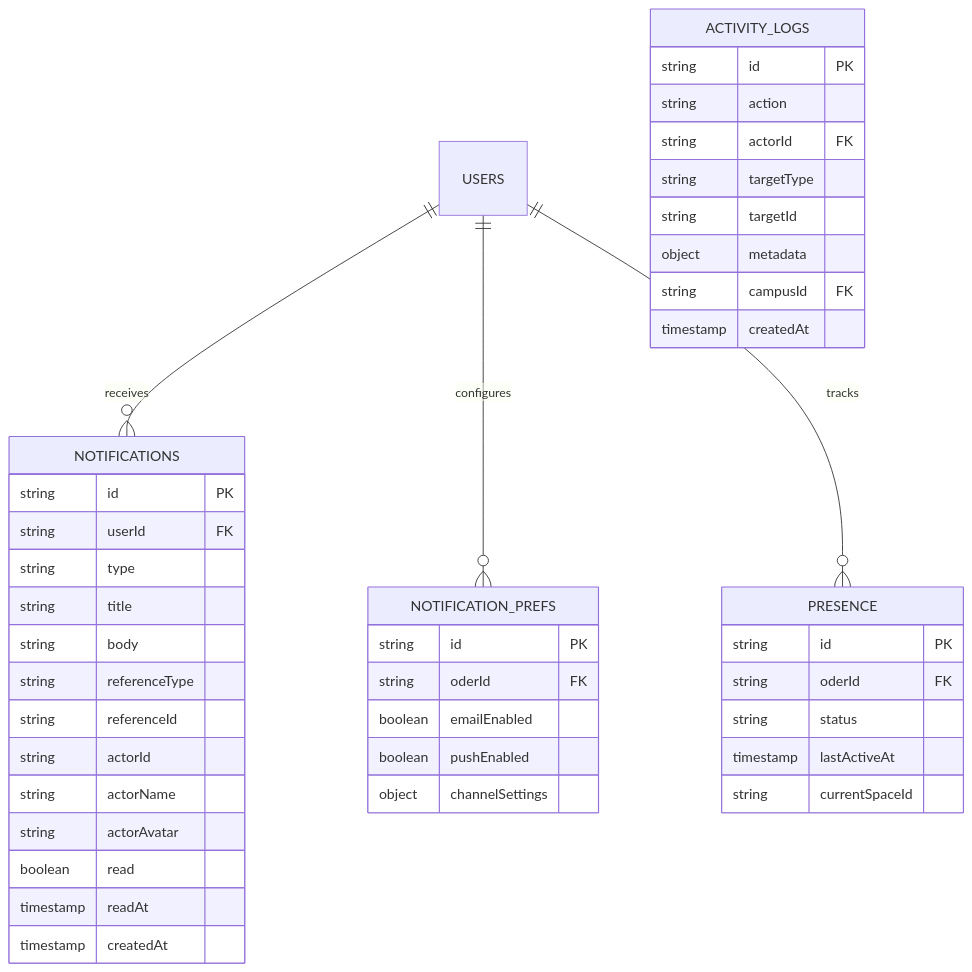
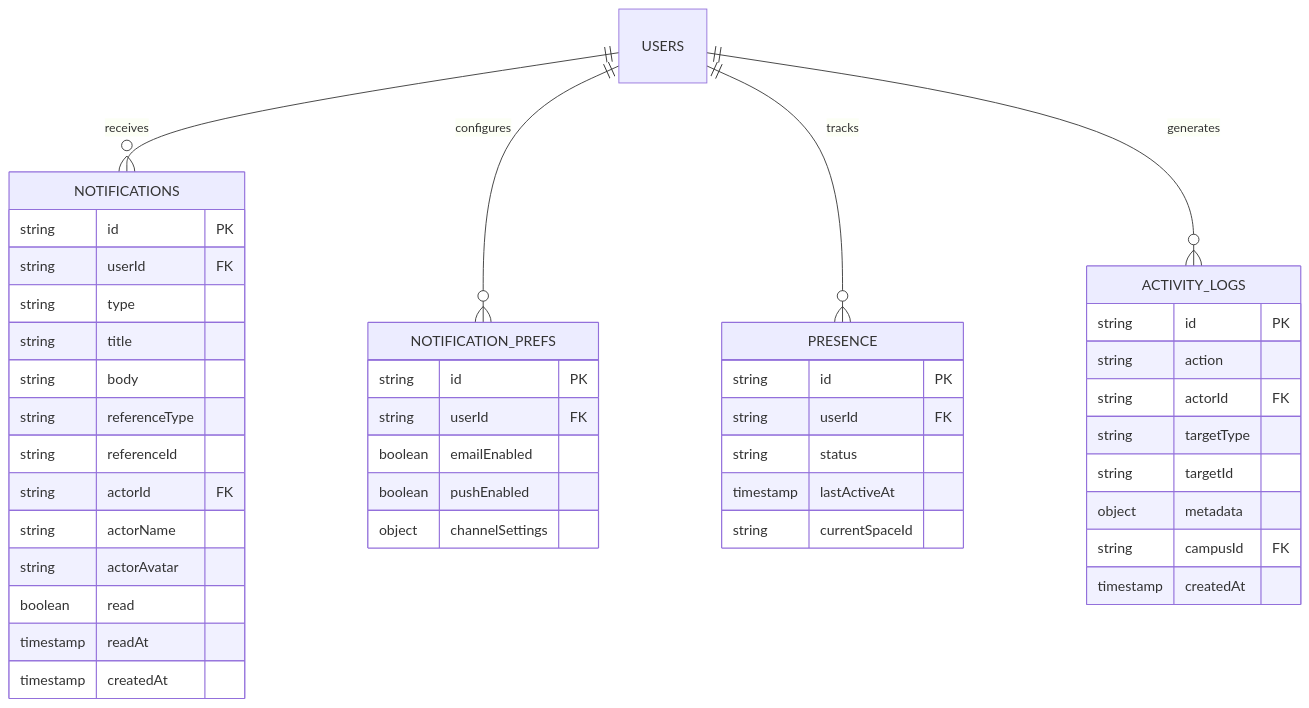
One commit to rhinehart514/HIVE_OFFICIAL changed the fifth of 11 diagrams in docs/ERD.md. Above: the diagram before and after it, drawn with Mermaid. The commit also changed other lines of this file, not shown here.

First line of the commit message:
docs: Comprehensive ERD overhaul — 11 diagrams, 50+ collections

````diff
--- a/docs/ERD.md
+++ b/docs/ERD.md
@@ -310,49 +415,50 @@
 ```mermaid
 erDiagram
     USERS ||--o{ NOTIFICATIONS : receives
     USERS ||--o{ NOTIFICATION_PREFS : configures
     USERS ||--o{ PRESENCE : tracks
+    USERS ||--o{ ACTIVITY_LOGS : generates
 
     NOTIFICATIONS {
         string id PK
         string userId FK
         string type
         string title
         string body
         string referenceType
         string referenceId
-        string actorId
+        string actorId FK
         string actorName
         string actorAvatar
         boolean read
         timestamp readAt
         timestamp createdAt
     }
 
     NOTIFICATION_PREFS {
         string id PK
-        string oderId FK
+        string userId FK
         boolean emailEnabled
         boolean pushEnabled
         object channelSettings
     }
 
     PRESENCE {
         string id PK
-        string oderId FK
+        string userId FK
         string status
         timestamp lastActiveAt
         string currentSpaceId
     }
 
     ACTIVITY_LOGS {
         string id PK
         string action
         string actorId FK
         string targetType
         string targetId
         object metadata
         string campusId FK
         timestamp createdAt
     }
 ```
````
